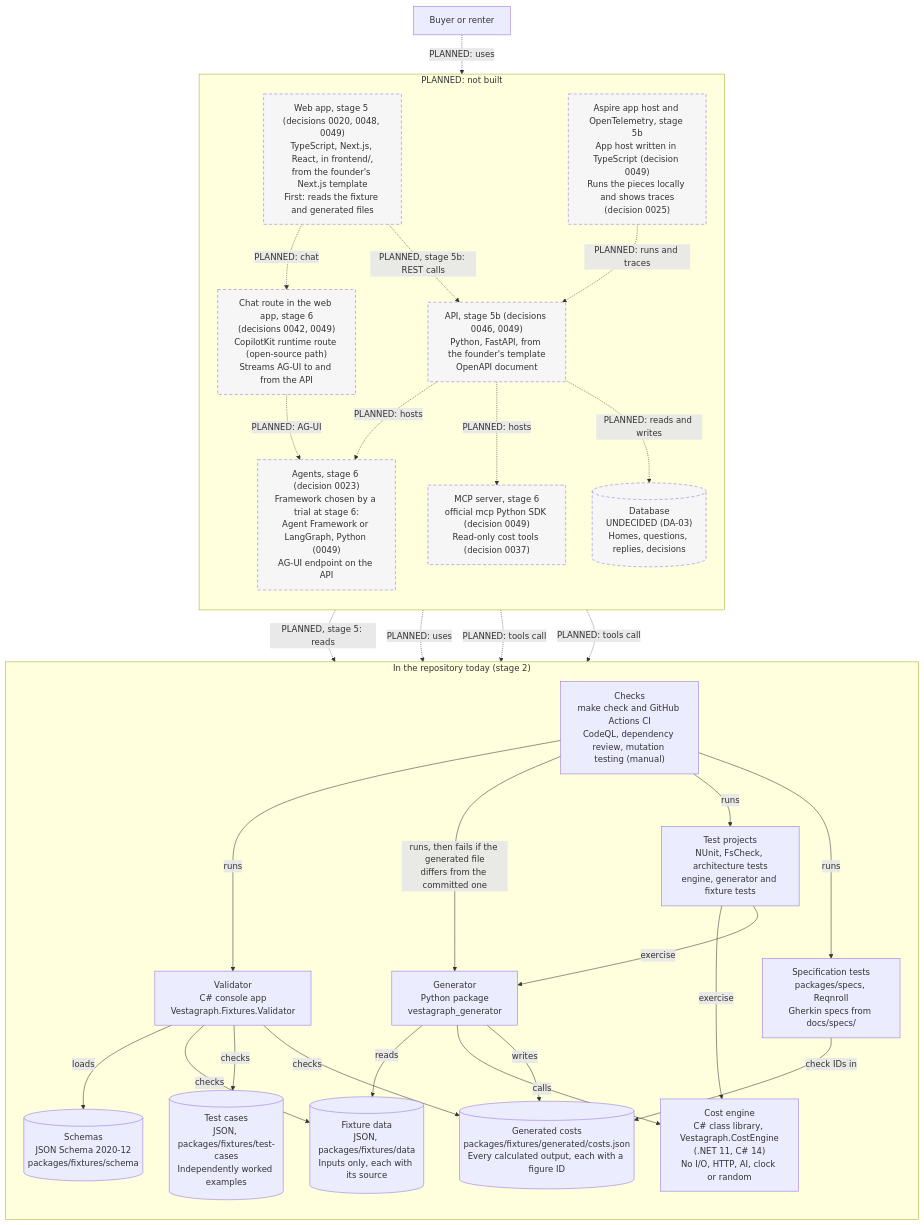
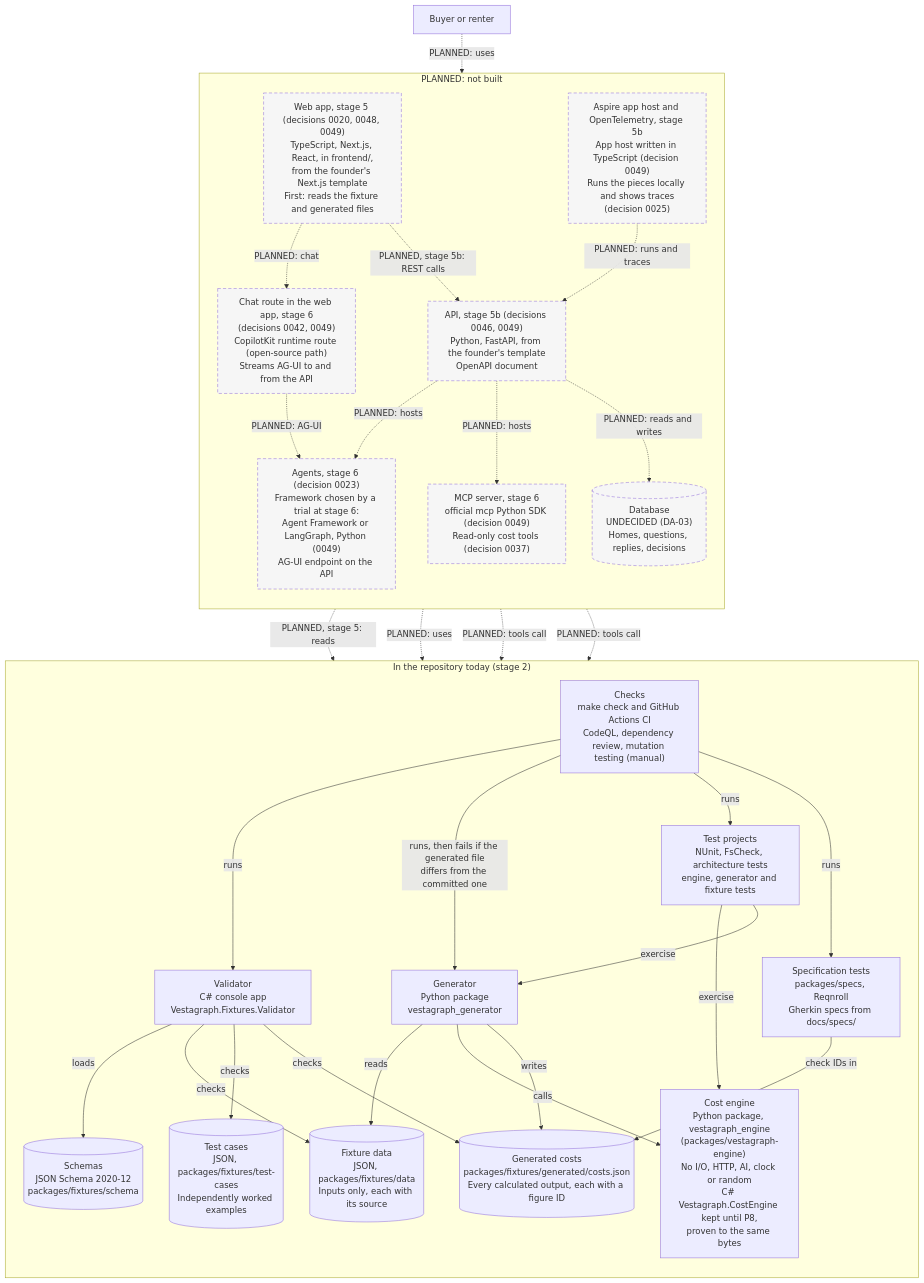
Before and after one commit to olaheavy-dev/homescout-platform: the second of 2 diagrams in docs/architecture/README.md, drawn with Mermaid. The commit also changed other lines of this file and 6 other files, not shown here.

Commit message:
fix: P4 review — out-of-range data exits 2, docs name the Python engine, folder-safe cleanup (#191)

````diff
--- a/docs/architecture/README.md
+++ b/docs/architecture/README.md
@@ -47,60 +47,60 @@
 ```mermaid
 flowchart TB
     user["Buyer or renter"]
 
     subgraph today["In the repository today (stage 2)"]
         direction TB
         data[("Fixture data<br/>JSON, packages/fixtures/data<br/>Inputs only, each with its source")]
         schema[("Schemas<br/>JSON Schema 2020-12<br/>packages/fixtures/schema")]
         cases[("Test cases<br/>JSON, packages/fixtures/test-cases<br/>Independently worked examples")]
-        engine["Cost engine<br/>C# class library, Vestagraph.CostEngine<br/>(.NET 11, C# 14)<br/>No I/O, HTTP, AI, clock or random"]
+        engine["Cost engine<br/>Python package, vestagraph_engine<br/>(packages/vestagraph-engine)<br/>No I/O, HTTP, AI, clock or random<br/>C# Vestagraph.CostEngine kept until P8,<br/>proven to the same bytes"]
         generator["Generator<br/>Python package<br/>vestagraph_generator"]
         generated[("Generated costs<br/>packages/fixtures/generated/costs.json<br/>Every calculated output, each with a figure ID")]
         validator["Validator<br/>C# console app<br/>Vestagraph.Fixtures.Validator"]
         tests["Test projects<br/>NUnit, FsCheck, architecture tests<br/>engine, generator and fixture tests"]
         specs["Specification tests<br/>packages/specs, Reqnroll<br/>Gherkin specs from docs/specs/"]
         ci["Checks<br/>make check and GitHub Actions CI<br/>CodeQL, dependency review, mutation testing (manual)"]
     end
 
     subgraph later["PLANNED: not built"]
         direction TB
         web["Web app, stage 5 (decisions 0020, 0048, 0049)<br/>TypeScript, Next.js, React, in frontend/,<br/>from the founder's Next.js template<br/>First: reads the fixture and generated files"]
         api["API, stage 5b (decisions 0046, 0049)<br/>Python, FastAPI, from the founder's template<br/>OpenAPI document"]
         mcp["MCP server, stage 6<br/>official mcp Python SDK (decision 0049)<br/>Read-only cost tools (decision 0037)"]
         agents["Agents, stage 6 (decision 0023)<br/>Framework chosen by a trial at stage 6:<br/>Agent Framework or LangGraph, Python (0049)<br/>AG-UI endpoint on the API"]
         copilot["Chat route in the web app, stage 6<br/>(decisions 0042, 0049)<br/>CopilotKit runtime route (open-source path)<br/>Streams AG-UI to and from the API"]
         aspire["Aspire app host and OpenTelemetry, stage 5b<br/>App host written in TypeScript (decision 0049)<br/>Runs the pieces locally and shows traces<br/>(decision 0025)"]
         db[("Database<br/>UNDECIDED (DA-03)<br/>Homes, questions, replies, decisions")]
     end
 
     generator -->|reads| data
     generator -->|calls| engine
     generator -->|writes| generated
     validator -->|loads| schema
     validator -->|checks| data
     validator -->|checks| cases
     validator -->|checks| generated
     tests -->|exercise| engine
     tests -->|exercise| generator
     specs -->|check IDs in| generated
     ci -->|runs| validator
     ci -->|"runs, then fails if the generated file<br/>differs from the committed one"| generator
     ci -->|runs| tests
     ci -->|runs| specs
 
     user -.->|"PLANNED: uses"| web
     web -.->|"PLANNED, stage 5: reads"| generated
     web -.->|"PLANNED, stage 5b: REST calls"| api
     web -.->|"PLANNED: chat"| copilot
     copilot -.->|"PLANNED: AG-UI"| agents
     api -.->|"PLANNED: uses"| engine
     api -.->|"PLANNED: hosts"| mcp
     api -.->|"PLANNED: hosts"| agents
     agents -.->|"PLANNED: tools call"| engine
     mcp -.->|"PLANNED: tools call"| engine
     api -.->|"PLANNED: reads and writes"| db
     aspire -.->|"PLANNED: runs and traces"| api
 
     classDef planned stroke-dasharray: 6 4,fill:#f6f6f6,color:#333
     class web,api,mcp,agents,copilot,aspire,db planned
 ```
````
